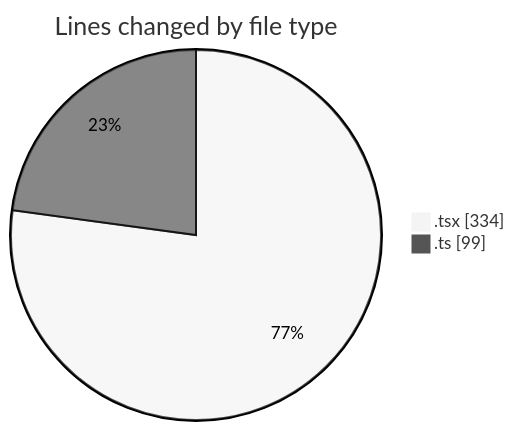
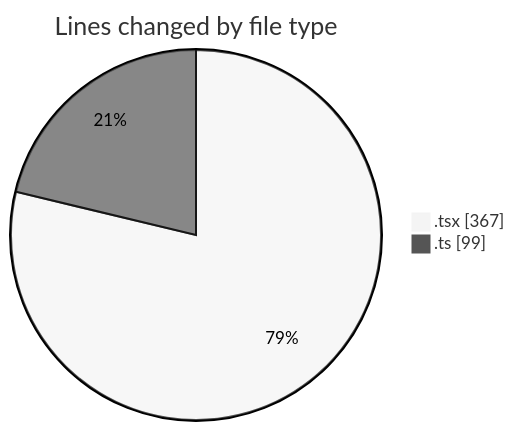
One commit to julien-gomy/code-tracking changed the first of 2 diagrams in 2025-11-23/eventscop-frontend-guide__workspace_/README.md. Above: the diagram before and after it, drawn with Mermaid (neutral theme). The commit also changed other lines of this file and 1 other file, not shown here.

````diff
--- a/2025-11-23/eventscop-frontend-guide__workspace_/README.md
+++ b/2025-11-23/eventscop-frontend-guide__workspace_/README.md
@@ -25,6 +25,6 @@
 ```mermaid
 pie showData
 title Lines changed by file type
-".tsx" : 334
+".tsx" : 367
 ".ts" : 99
 ```
````
